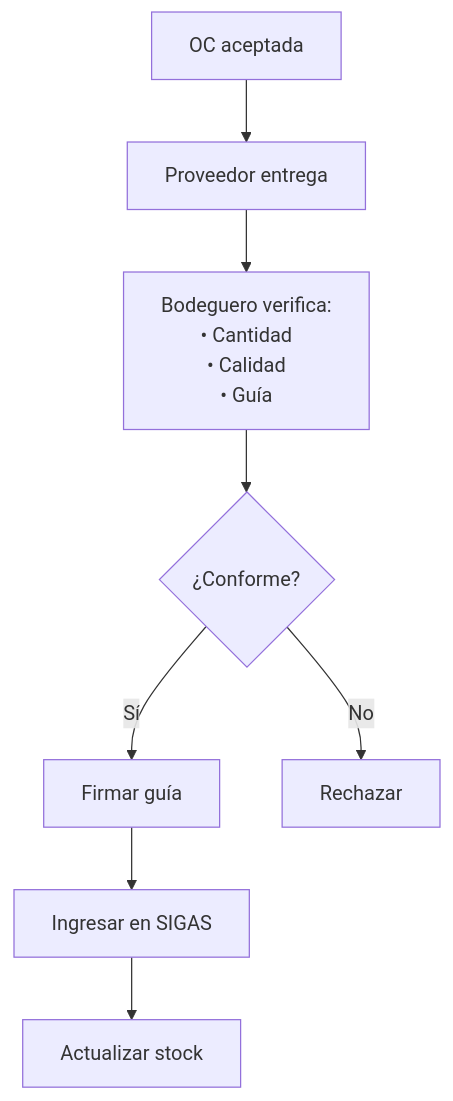
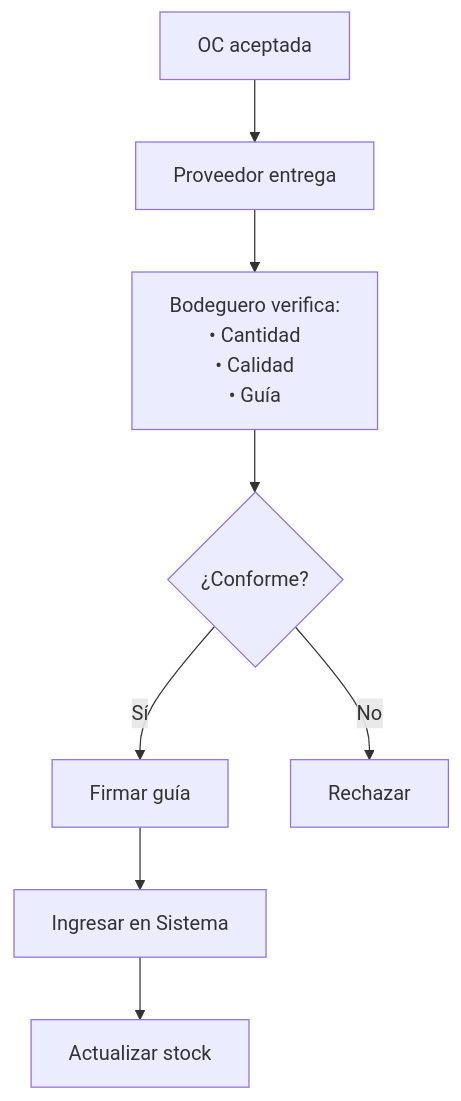
The seventh of 26 diagrams in docs/blueprint/domains/domain_d-back.md (felix-antonio-sl/gore_os), drawn with Mermaid before and after one commit. The commit also changed other lines of this file and 26 other files, not shown here.

````diff
--- a/docs/blueprint/domains/domain_d-back.md
+++ b/docs/blueprint/domains/domain_d-back.md
@@ -300,10 +315,10 @@
 ```mermaid
 flowchart TD
     A["OC aceptada"] --> B["Proveedor entrega"]
     B --> C["Bodeguero verifica:<br/>• Cantidad<br/>• Calidad<br/>• Guía"]
     C --> D{"¿Conforme?"}
     D -->|"Sí"| E["Firmar guía"]
     D -->|"No"| F["Rechazar"]
-    E --> G["Ingresar en SIGAS"]
+    E --> G["Ingresar en Sistema"]
     G --> H["Actualizar stock"]
 ```
````
